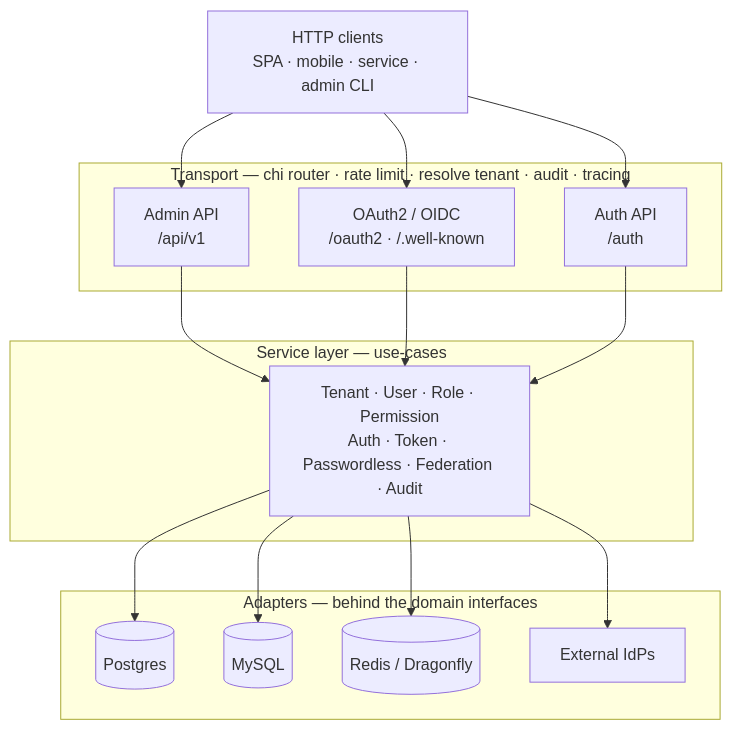
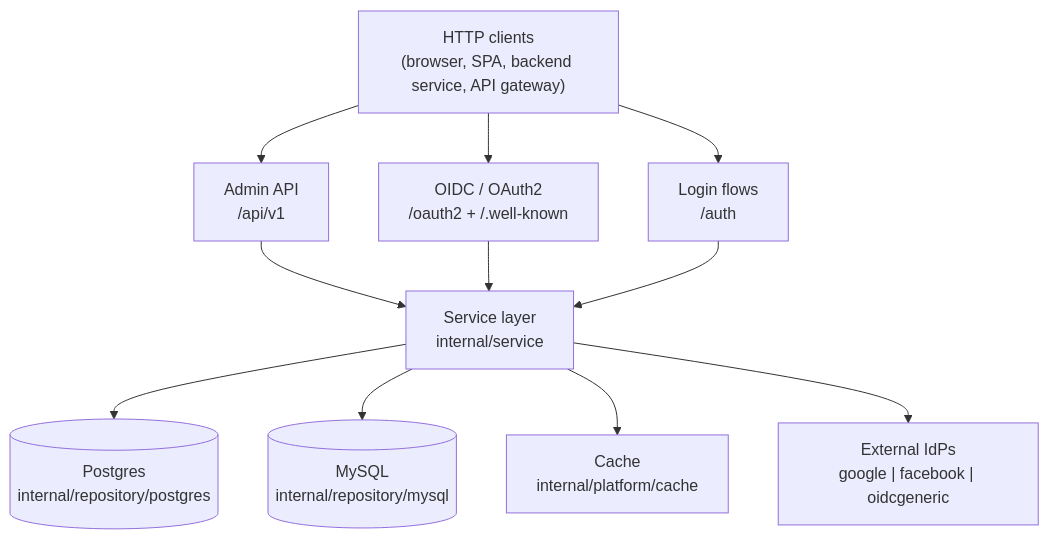
One commit to ndmt1at21/devlog changed the diagram in posts/build-multi-tenant-oauth2-provider.en.md. Above: the diagram before and after it, drawn with Mermaid. The commit also changed other lines of this file and 9 other files, not shown here.

````diff
--- a/posts/build-multi-tenant-oauth2-provider.en.md
+++ b/posts/build-multi-tenant-oauth2-provider.en.md
@@ -78,21 +101,14 @@
 ```mermaid
-flowchart TB
-  C["HTTP clients<br/>SPA · mobile · service · admin CLI"]
-  subgraph T["Transport — chi router · rate limit · resolve tenant · audit · tracing"]
-    A1["Admin API<br/>/api/v1"]
-    A2["OAuth2 / OIDC<br/>/oauth2 · /.well-known"]
-    A3["Auth API<br/>/auth"]
-  end
-  subgraph S["Service layer — use-cases"]
-    SV["Tenant · User · Role · Permission<br/>Auth · Token · Passwordless · Federation · Audit"]
-  end
-  subgraph AD["Adapters — behind the domain interfaces"]
-    PG[("Postgres")]
-    MY[("MySQL")]
-    CA[("Redis / Dragonfly")]
-    IDP["External IdPs"]
-  end
-  C --> A1 & A2 & A3
-  A1 & A2 & A3 --> SV
-  SV --> PG & MY & CA & IDP
+flowchart TD
+    C["HTTP clients<br/>(browser, SPA, backend service, API gateway)"]
+    C --> A1["Admin API<br/>/api/v1"]
+    C --> A2["OIDC / OAuth2<br/>/oauth2 + /.well-known"]
+    C --> A3["Login flows<br/>/auth"]
+    A1 --> S["Service layer<br/>internal/service"]
+    A2 --> S
+    A3 --> S
+    S --> PG[("Postgres<br/>internal/repository/postgres")]
+    S --> MY[("MySQL<br/>internal/repository/mysql")]
+    S --> CA["Cache<br/>internal/platform/cache"]
+    S --> IDP["External IdPs<br/>google | facebook | oidcgeneric"]
 ```
````
